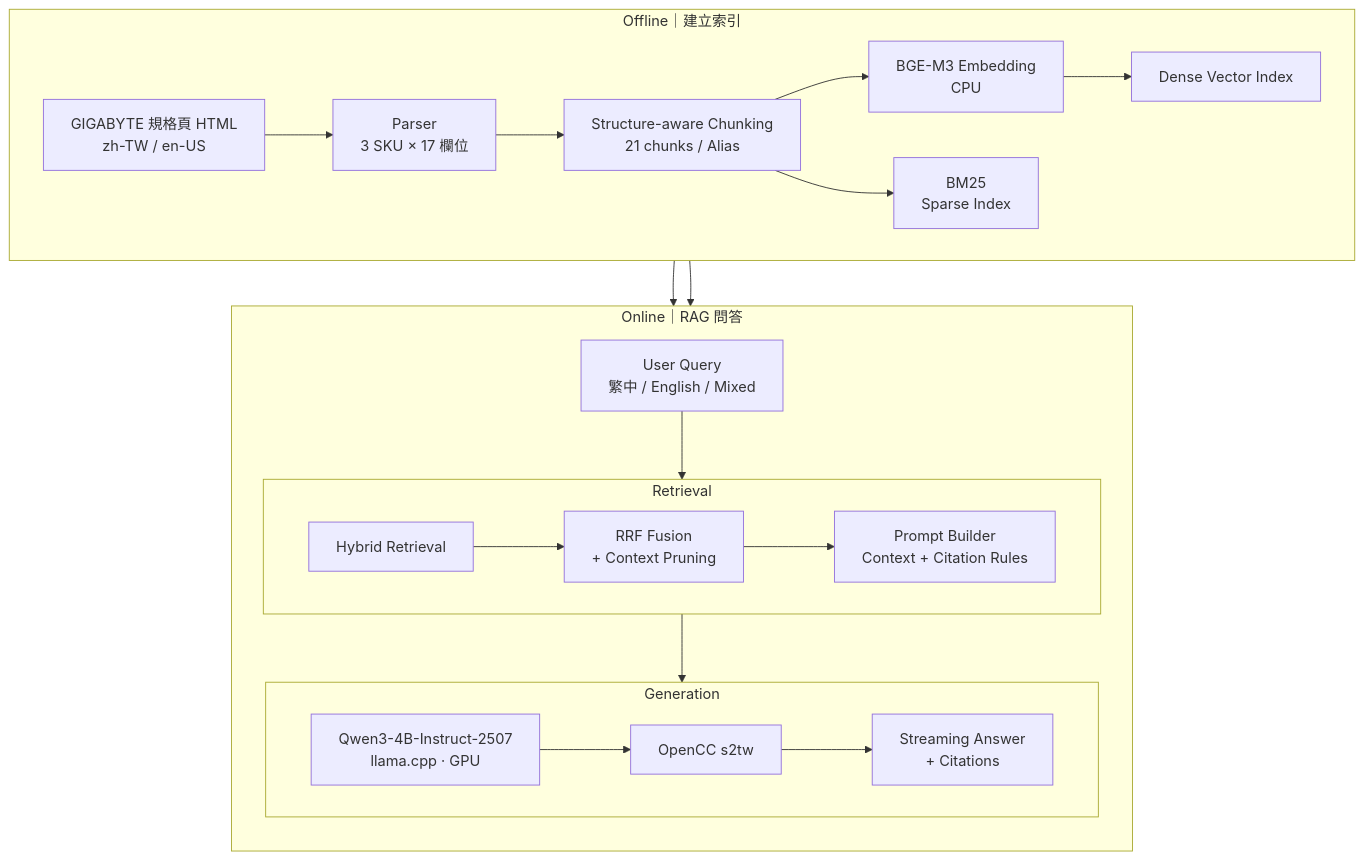
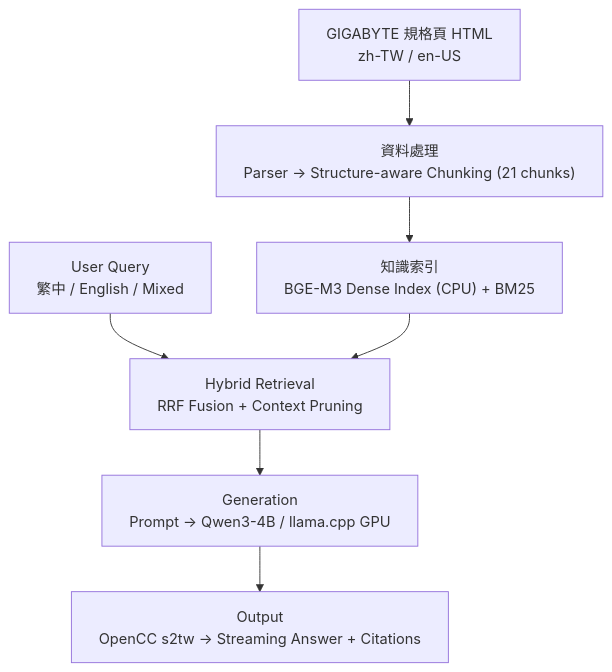
The diagram in README.md (112306060/gigabyte-rag-system), drawn with Mermaid before and after one commit.

Commit message:
README: simplified data-flow architecture diagram
Six stages plus the user query merging into hybrid retrieval; keeps 21 chunks and
BGE-M3 (CPU) + BM25; wrappingWidth 400 so labels are not split.

````diff
--- a/README.md
+++ b/README.md
@@ -67,50 +67,18 @@
 ```mermaid
+%%{init: {"flowchart": {"wrappingWidth": 400}}}%%
 flowchart TB
 
-    subgraph OFFLINE["Offline｜建立索引"]
-        direction LR
+    A["GIGABYTE 規格頁 HTML<br/>zh-TW / en-US"]
+    B["資料處理<br/>Parser → Structure-aware Chunking (21 chunks)"]
+    C["知識索引<br/>BGE-M3 Dense Index (CPU) + BM25"]
+    D["Hybrid Retrieval<br/>RRF Fusion + Context Pruning"]
+    E["Generation<br/>Prompt → Qwen3-4B / llama.cpp GPU"]
+    F["Output<br/>OpenCC s2tw → Streaming Answer + Citations"]
 
-        A["GIGABYTE 規格頁 HTML<br/>zh-TW / en-US"]
-        B["Parser<br/>3 SKU × 17 欄位"]
-        C["Structure-aware Chunking<br/>21 chunks / Alias"]
+    Q["User Query<br/>繁中 / English / Mixed"]
 
-        D["BGE-M3 Embedding<br/>CPU"]
-        E["Dense Vector Index"]
-
-        F["BM25<br/>Sparse Index"]
-
-        A --> B --> C
-        C --> D --> E
-        C --> F
-    end
-
-    subgraph ONLINE["Online｜RAG 問答"]
-        direction TB
-
-        Q["User Query<br/>繁中 / English / Mixed"]
-
-        subgraph RETRIEVAL["Retrieval"]
-            direction LR
-            R["Hybrid Retrieval"]
-            G["RRF Fusion<br/>+ Context Pruning"]
-            P["Prompt Builder<br/>Context + Citation Rules"]
-
-            R --> G --> P
-        end
-
-        subgraph GENERATION["Generation"]
-            direction LR
-            L["Qwen3-4B-Instruct-2507<br/>llama.cpp · GPU"]
-            T["OpenCC s2tw"]
-            O["Streaming Answer<br/>+ Citations"]
-
-            L --> T --> O
-        end
-
-        Q --> R
-        P --> L
-    end
-
-    E --> R
-    F --> R
+    A --> B --> C
+    Q --> D
+    C --> D
+    D --> E --> F
 ```
````
